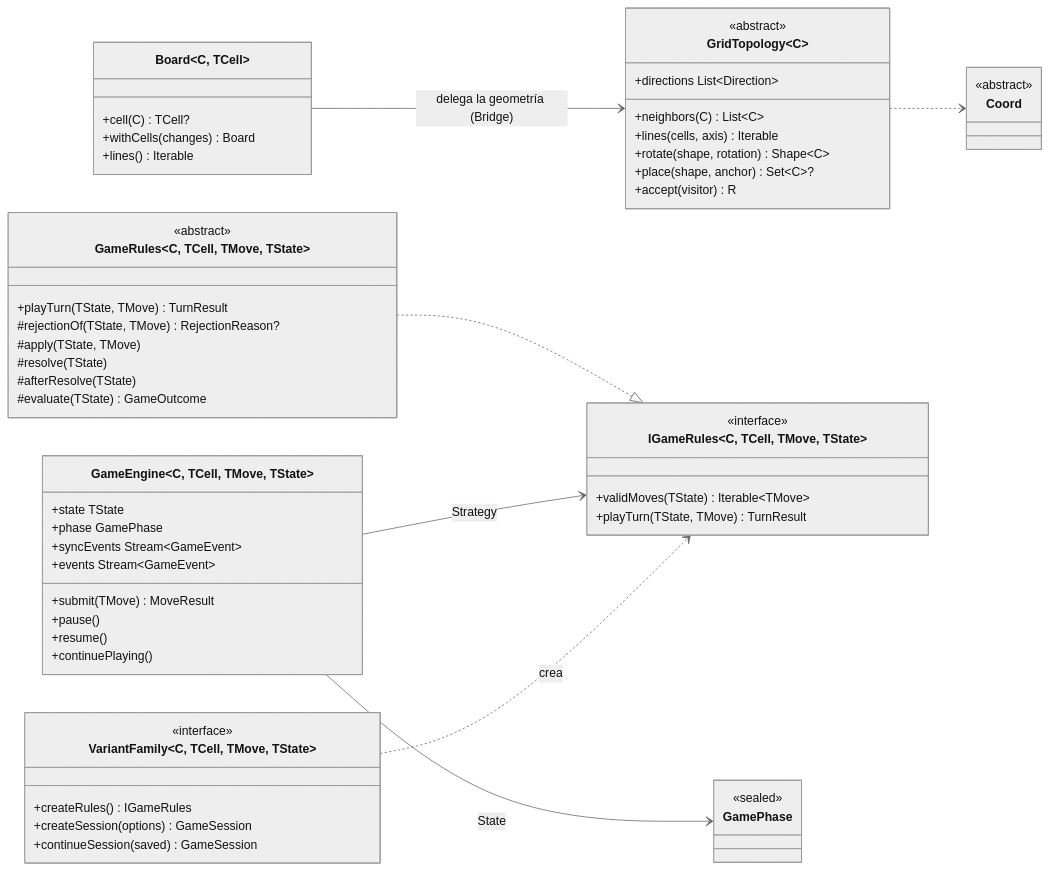
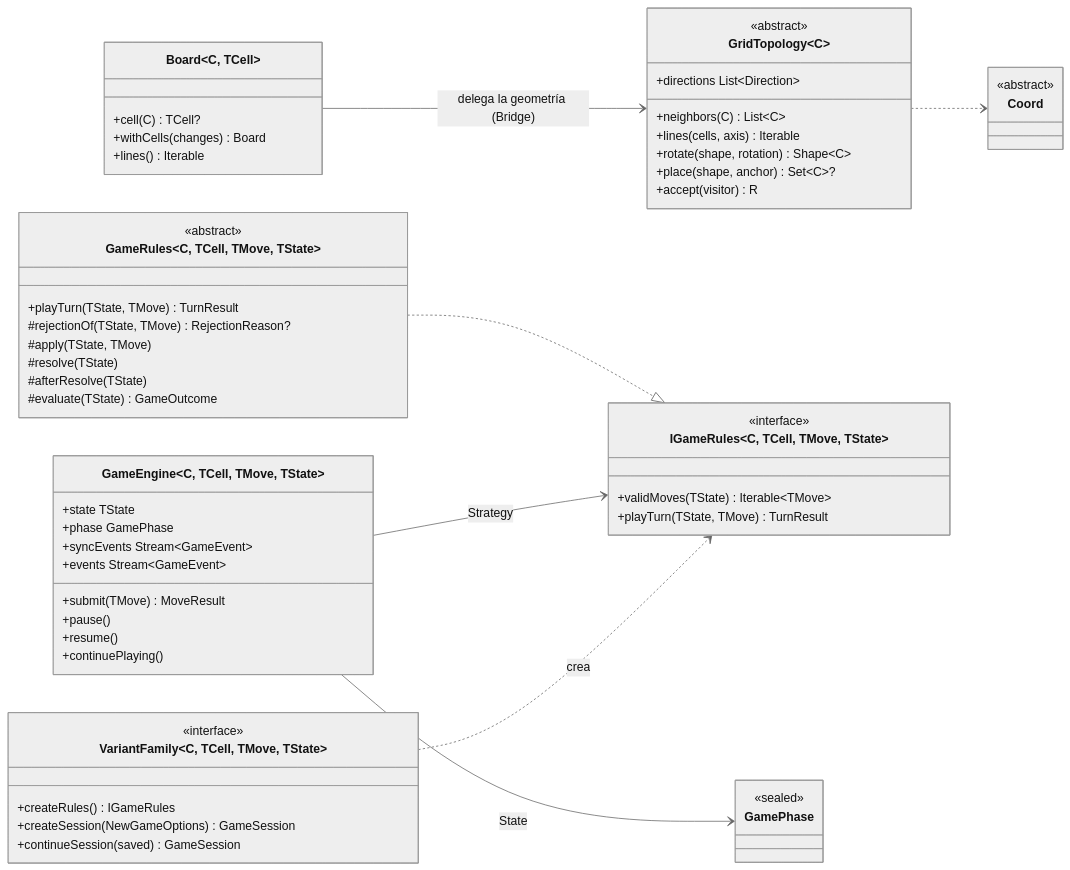
The first of 2 diagrams in docs/architecture/ARQ-02-MOTOR.md (DanielHaro28/hexablock-app), drawn with Mermaid (neutral theme) before and after one commit. The commit also changed other lines of this file and 2 other files, not shown here.

Commit message:
docs(architecture): record where VariantFamily lives and what a new game receives (D-124)

````diff
--- a/docs/architecture/ARQ-02-MOTOR.md
+++ b/docs/architecture/ARQ-02-MOTOR.md
@@ -59,60 +59,60 @@
 ```mermaid
 classDiagram
     direction LR
     class Coord {
       <<abstract>>
     }
     class GridTopology~C~ {
       <<abstract>>
       +neighbors(C) List~C~
       +lines(cells, axis) Iterable
       +directions List~Direction~
       +rotate(shape, rotation) Shape~C~
       +place(shape, anchor) Set~C~?
       +accept(visitor) R
     }
     class Board~C, TCell~ {
       +cell(C) TCell?
       +withCells(changes) Board
       +lines() Iterable
     }
     class IGameRules~C, TCell, TMove, TState~ {
       <<interface>>
       +validMoves(TState) Iterable~TMove~
       +playTurn(TState, TMove) TurnResult
     }
     class GameRules~C, TCell, TMove, TState~ {
       <<abstract>>
       +playTurn(TState, TMove) TurnResult
       #rejectionOf(TState, TMove) RejectionReason?
       #apply(TState, TMove)
       #resolve(TState)
       #afterResolve(TState)
       #evaluate(TState) GameOutcome
     }
     class GameEngine~C, TCell, TMove, TState~ {
       +state TState
       +phase GamePhase
       +syncEvents Stream~GameEvent~
       +events Stream~GameEvent~
       +submit(TMove) MoveResult
       +pause()
       +resume()
       +continuePlaying()
     }
     class GamePhase {
       <<sealed>>
     }
     class VariantFamily~C, TCell, TMove, TState~ {
       <<interface>>
       +createRules() IGameRules
-      +createSession(options) GameSession
+      +createSession(NewGameOptions) GameSession
       +continueSession(saved) GameSession
     }
     Board --> GridTopology : delega la geometría (Bridge)
     GridTopology ..> Coord
     GameRules ..|> IGameRules
     GameEngine --> IGameRules : Strategy
     GameEngine --> GamePhase : State
     VariantFamily ..> IGameRules : crea
 ```
````
